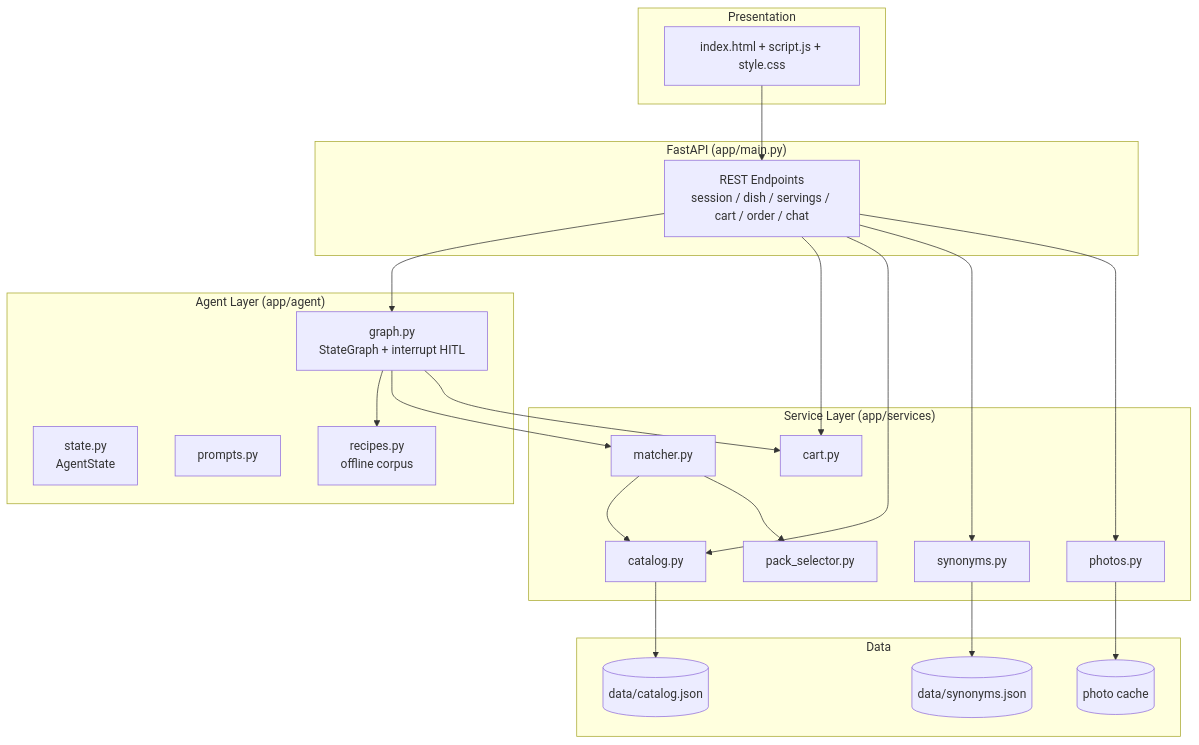
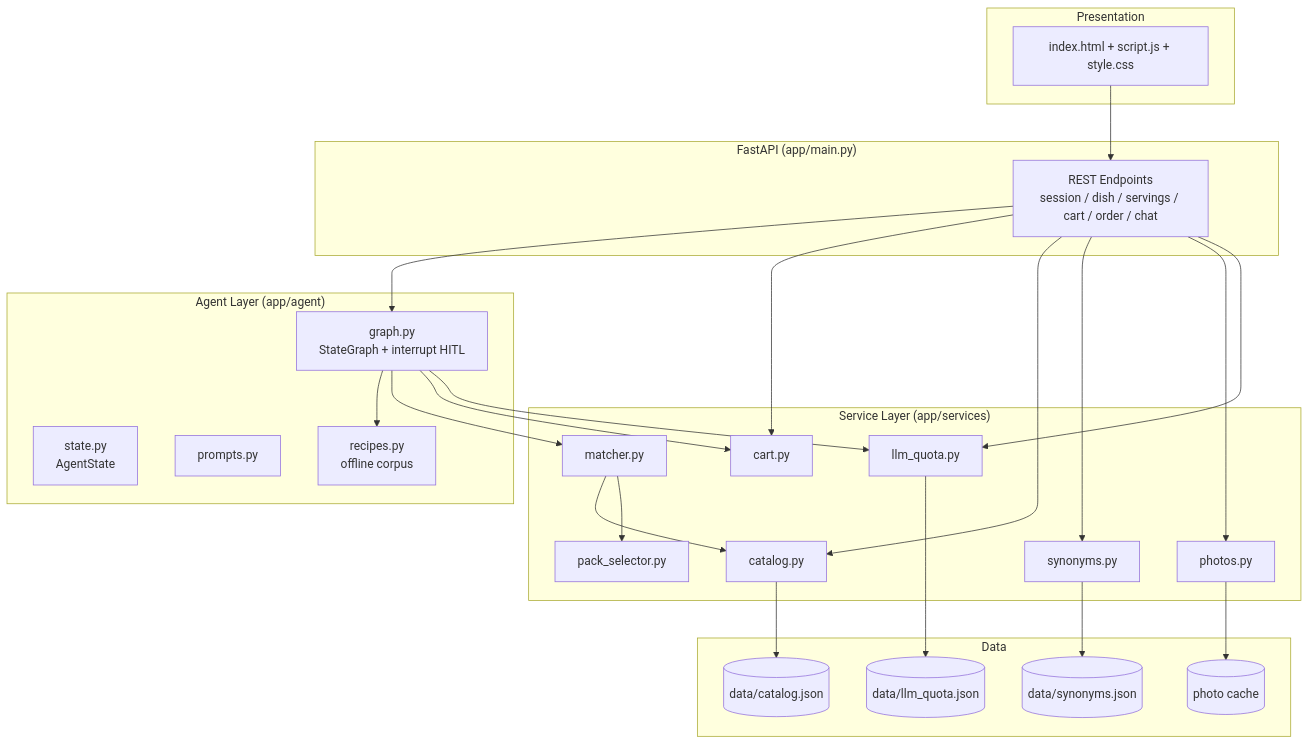
One commit to AyushNeedsCaffeine/QuickChef changed the second of 6 diagrams in docs/HLD.md. Above: the diagram before and after it, drawn with Mermaid. The commit also changed other lines of this file and 21 other files, not shown here.

Commit message:
feat: QuickChef v2.3 custom dish UX and quota-safe AI flow

````diff
--- a/docs/HLD.md
+++ b/docs/HLD.md
@@ -49,47 +53,52 @@
 ```mermaid
 flowchart TB
     subgraph Presentation
         HTML[index.html + script.js + style.css]
     end
 
     subgraph Application["FastAPI (app/main.py)"]
         ROUTES[REST Endpoints\nsession / dish / servings / cart / order / chat]
     end
 
     subgraph AgentLayer["Agent Layer (app/agent)"]
         GRAPH[graph.py\nStateGraph + interrupt HITL]
         STATE[state.py\nAgentState]
         PROMPTS[prompts.py]
         RECIPES[recipes.py\noffline corpus]
     end
 
     subgraph ServiceLayer["Service Layer (app/services)"]
         CAT[catalog.py]
         MATCH[matcher.py]
         PACK[pack_selector.py]
         CART[cart.py]
         SYN[synonyms.py]
         PHOTO[photos.py]
+        QUOTA[llm_quota.py]
     end
 
     subgraph Data
         JSON[(data/catalog.json)]
         SYNJSON[(data/synonyms.json)]
         PHOTOC[(photo cache)]
+        QUOTAJ[(data/llm_quota.json)]
     end
 
     HTML --> ROUTES
     ROUTES --> GRAPH
     GRAPH --> RECIPES
     GRAPH --> MATCH
     MATCH --> CAT
     MATCH --> PACK
     GRAPH --> CART
     ROUTES --> CART
     ROUTES --> CAT
     ROUTES --> SYN
     ROUTES --> PHOTO
+    GRAPH --> QUOTA
+    ROUTES --> QUOTA
     CAT --> JSON
     SYN --> SYNJSON
     PHOTO --> PHOTOC
+    QUOTA --> QUOTAJ
 ```
````
